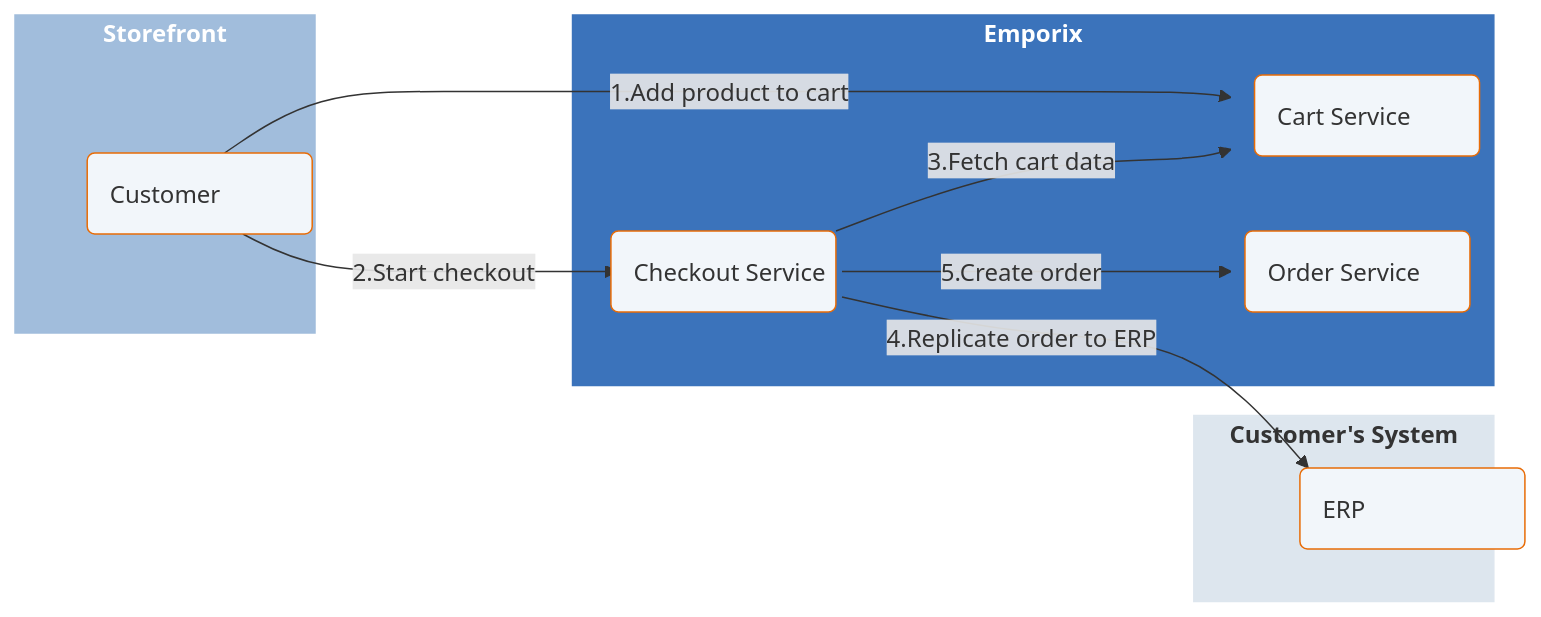
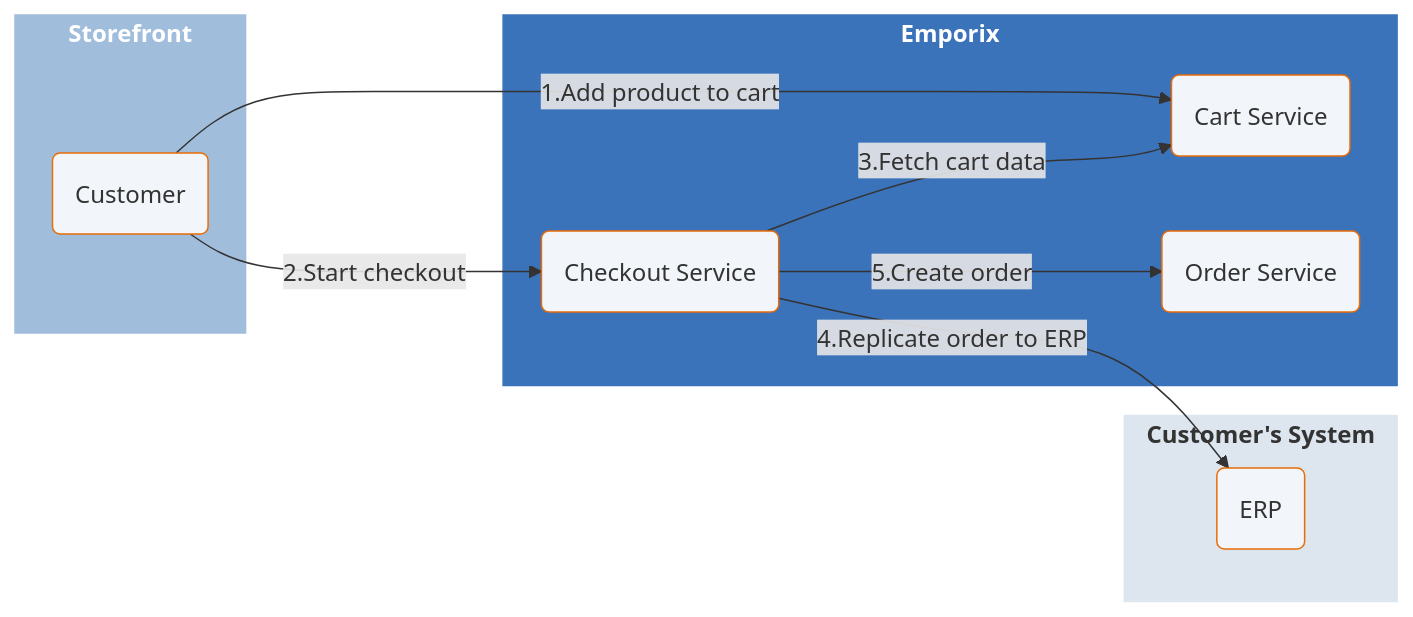
One commit to emporix/api-references changed the first of 3 diagrams in orders/order/order.md. Above: the diagram before and after it, drawn with Mermaid. The commit also changed other lines of this file, not shown here.

Commit message:
Diagram size test

````diff
--- a/orders/order/order.md
+++ b/orders/order/order.md
@@ -34,45 +34,45 @@
 ```mermaid
 ---
 config:
   layout: fixed
   theme: default
   look: classic
   font-family: Lato, sans-serif
 ---
 flowchart LR
  subgraph subGraph0["`**Storefront**`"]
         A["Customer"]
   end
  subgraph subGraph1["`**Emporix**`"]
         CS["Cart Service"]
         CHK["Checkout Service"]
         OS["Order Service"]
   end
  subgraph subGraph2["`**Customer's System**`"]
         ERP["ERP"]
   end
     A -- "1.Add product to cart" --> CS
     A -- "2.Start checkout" --> CHK
     CHK -- "3.Fetch cart data" --> CS
     CHK -- "4.Replicate order to ERP" --> ERP
     CHK -- "5.Create order" --> OS
     A@{ shape: rounded}
     CS@{ shape: rounded}
     CHK@{ shape: rounded}
     OS@{ shape: rounded}
     ERP@{ shape: rounded}
      A:::Class_04
      CS:::Class_04
      CHK:::Class_04
      ERP:::Class_04
      OS:::Class_04
      subGraph1:::Class_03
      subGraph0:::Class_01
      subGraph2:::Class_02
     classDef Class_02 stroke-width:1px, stroke-dasharray: 0, stroke:#DDE6EE, fill:#DDE6EE
     classDef Class_01 stroke-width:1px, stroke-dasharray: 0, stroke:#A1BDDC, fill:#A1BDDC
     classDef Class_03 stroke-width:1px, stroke-dasharray: 0, stroke:#3b73bb, fill:#3b73bb
-    classDef Class_04 fill:#F2F6FA, stroke:#E86C07, width:150px
+    classDef Class_04 fill:#F2F6FA, stroke:#E86C07
     style subGraph0 color:#FFFFFF
     style subGraph1 color:#FFFFFF
 ```
````
